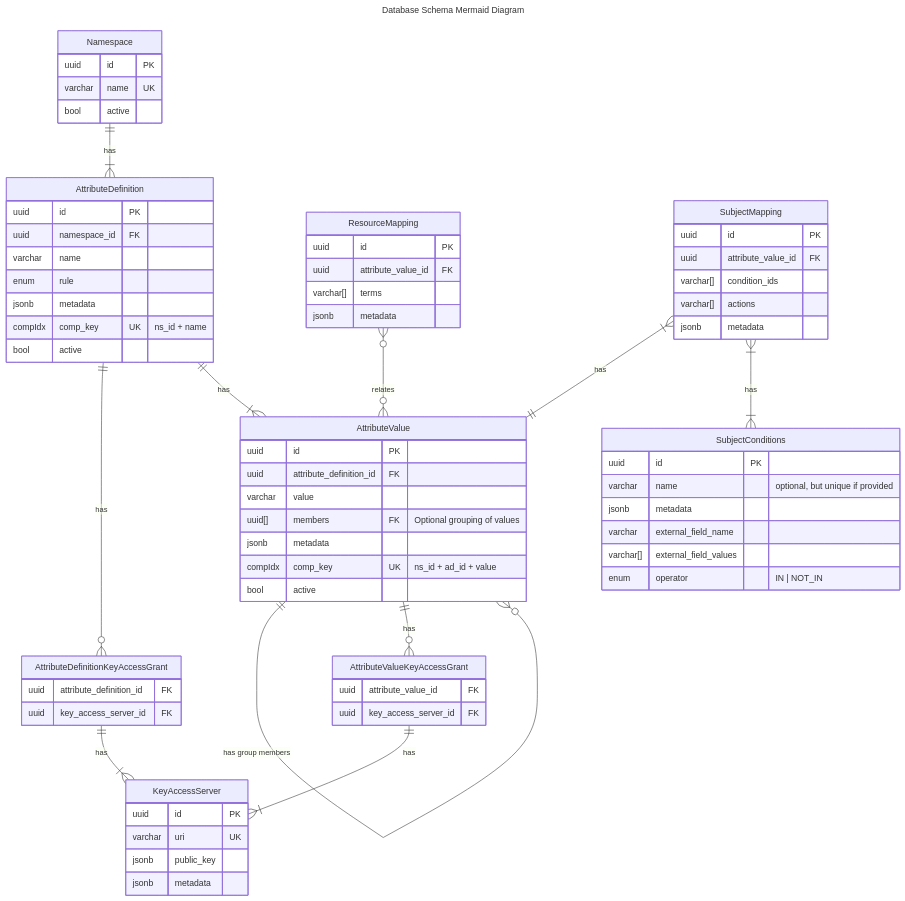
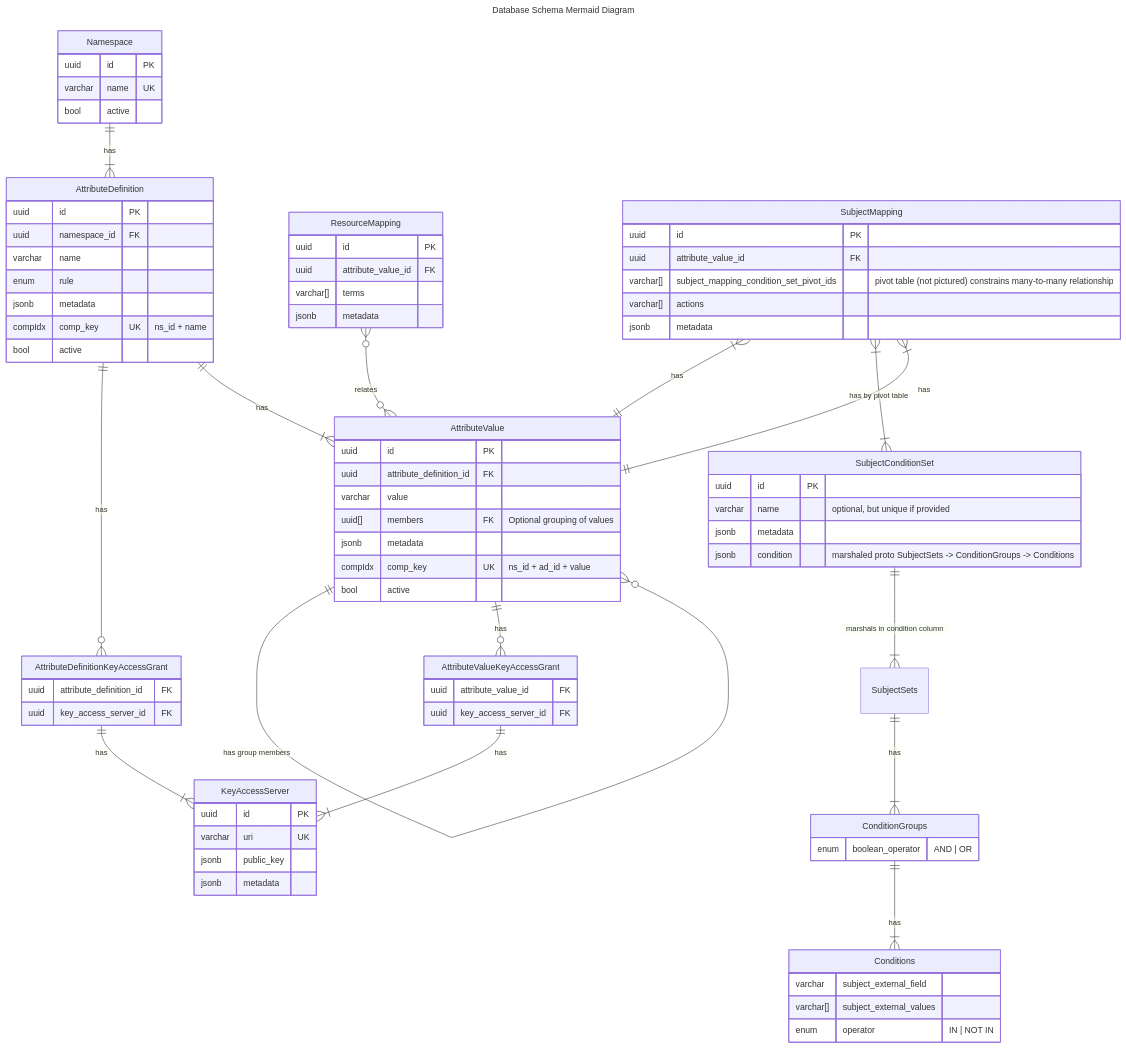
The diagram in migrations/20240228000000_schema_erd.md (opentdf/platform), drawn with Mermaid before and after one commit. The commit also changed 1 other file, not shown here.

Commit message:
initial and proposed schemas for subject mappings to support subject sets and the condition tree

```diff
--- a/migrations/20240228000000_schema_erd.md
+++ b/migrations/20240228000000_schema_erd.md
@@ -4,34 +4,42 @@
 ---
 title: Database Schema Mermaid Diagram
 nodes: |
-  This schema reflects the addition of SubjectConditions, which map external fields and values, like those
+  This schema reflects the addition of SubjectConditionSets, which map external fields and values, like those
   provided in the context received about a subject/user from an Identity Provider (idP) to an Attribute Value
   by way of a SubjectMapping. An Attribute Value will relate to one or more SubjectMappings with an
-  'AND' relationship, and a SubjectMapping will have one or more SubjectConditions with an 'AND' relationship. If an 'OR' boolean relationship is needed, the policy administrator is recommended to utilize
-  the 'ANY_OF' Attribute Definition rule and multiple Attribute Values with their own individual
-  SubjectMappings.
+  'AND' relationship, and a SubjectMapping will have one or more SubjectConditionSets with an 'AND' relationship.
+  If an 'OR' boolean relationship is needed, the policy administrator is recommended to utilize
+  the 'ANY_OF' Attribute Definition rule and multiple Attribute Values with their own individual SubjectMappings.
 
-  Following this schema, a SubjectCondition for a company "division" of "engineering" or "product" could
-  be reused across multiple SubjectMappings. On its own, that SubjectCondition would contextualize an
-  Attribute Value for something like "R & D". However, in a SubjectMapping including it with a second
-  SubjectCondition containing the external_field_name "title" and the external_field_values "executive",
-  they would contextualize the mapped Attribute Value as essentially "R & D Executives".
+  It is known that this relation of external idP-derived Subject context to ABAC attributes is a complex
+  undertaking, and 3rd party FOSS/SaaS tools exist purely for this purpose. Because of this, the platform
+  currently supports the relation of SubjectMappings -> SubjectSets -> ConditionGroups (AND/OR) -> Conditions
+  (IN / NOT IN) with limited boolean logic. As there is a high likelihood of a need to integrate this relation
+  with 3rd party tooling in the future, these internal tree structures will be stored in a SubjectConditionSet
+  table as JSONB marshaled from the protos. That will allow reuse of the entire structure across multiple
+  Attribute Values via SubjectMappings, but will enable flexibility to grammar and relation changes in the
+  future, essentially treating this structure as a v1.
 
-  If the intended ABAC behavior was instead "R&D" _OR_ "Executives", the implementation would be an Attribute
-  Definition with the rule 'ANY_OF' containing two separate Attribute Values, where each had a distinct
-  SubjectMapping to one or the other of the independent SubjectConditions.
+  As a policy administrator, I will be able to define a SubjectMapping on a specific attribute Value
+  (utilizing our proto Messages/fields for SubjectSets, ConditionGroups, and Conditions) to 
+  permit the actions TRANSMIT and DECRYPT to one or more SubjectSets, where each SubjectSet comprises
+  one or more ConditionGroups, and each ConditionGroup joins with a boolean operator AND or OR one
+  or more Conditions. The Conditions are where Subject context fields and values (i.e. a `username`
+  of `alice@example.org`) contained in an external source (most likely an idP or LDAP) actually drive a mapping
+  all the way back up the tree to an internal Platform-ABAC Attribute Value.
 
-  Note: a name is optionally provided as a column on SubjectConditions (and constrained to be unique
-  when provided) so that SubjectConditions can be more easily reused across varying SubjectMappings
-  while allowing a policy administrator to query them by a slug instead of only a uuid.
+  NOTE: a PDP should consider all of the following joined by an AND relationship:
+    * more than one SubjectMapping for an Attribute Value
+    * more than one SubjectSet in the JSONB of a SubjectConditionSet
+    * more than one ConditionGroup on a SubjectSet
+    
+    For now, ConditionGroups are the only place a policy platform administrator has control over the boolean
+    operator to associate Conditions via AND or OR. If an admin needs to OR together multiple ConditionGroups
+    in a SubjectSet, or multiple SubjectSets in a SubjectMapping, that can be accomplished with multiple
+    AttributeValues and an AttributeDefinition rule of ANY_OF associating them together.
 
-
-  Questions:
-    1. do we need AND/OR *outside of attribute definition ANY_OF/ALL_OF enum* for certain?
-    2. if we really need nested subject conditions, can we use recursive SQL and an implicit AND?
-    3. we have `active` status on attribute values, if an attribute value is deactivated, its subject mappings can live on. Do we also need `active` status on subject conditions, or is deletion just fine? 
-    4. does it have to be many to many from SubjectSets to ConditionGroups and ConditionGroups to Conditions?
-    5. where to ACTIONS really live? Tagging PDP is asking?
+  NOTE: due to the many-to-many relation between SubjectMappings and SubjectConditionSets, a pivot table will be
+    utilized and is abbreviated in the ERD.
 
 ---
 
@@ -50,7 +58,7 @@
     ResourceMapping }o--o{ AttributeValue: relates
 
     SubjectMapping }|--|| AttributeValue: has
-    SubjectMapping }|--|{ SubjectConditions: has
+    SubjectMapping }|--|{ SubjectConditionSet: "has by pivot table"
 
     Namespace {
         uuid        id   PK
@@ -98,19 +106,35 @@
     SubjectMapping {
         uuid           id                          PK
         uuid           attribute_value_id          FK
-        varchar[]      condition_ids
+        varchar[]      subject_mapping_condition_set_pivot_ids "pivot table (not pictured) constrains many-to-many relationship"
         varchar[]      actions
         jsonb          metadata
     }
 
-    SubjectConditions {
+    SubjectConditionSet {
         uuid            id                              PK
         varchar         name                    "optional, but unique if provided"
         jsonb           metadata
-        varchar         external_field_name
-        varchar[]       external_field_values
-        enum            operator                "IN | NOT_IN"
+        jsonb           condition                "marshaled proto SubjectSets -> ConditionGroups -> Conditions"
     }
+
+    SubjectMapping }|--|| AttributeValue: has
+    SubjectConditionSet ||--|{ SubjectSets: "marshals in condition column"
+    SubjectSets ||--|{ ConditionGroups: has
+    ConditionGroups ||--|{ Conditions: has
+
+    Conditions {
+        varchar         subject_external_field
+        varchar[]       subject_external_values
+        enum            operator "IN | NOT IN"
+    }
+
+    ConditionGroups {
+        enum            boolean_operator "AND | OR"
+    }
+
+    SubjectSets {}
+    
 
     KeyAccessServer {
         uuid       id                PK
```
